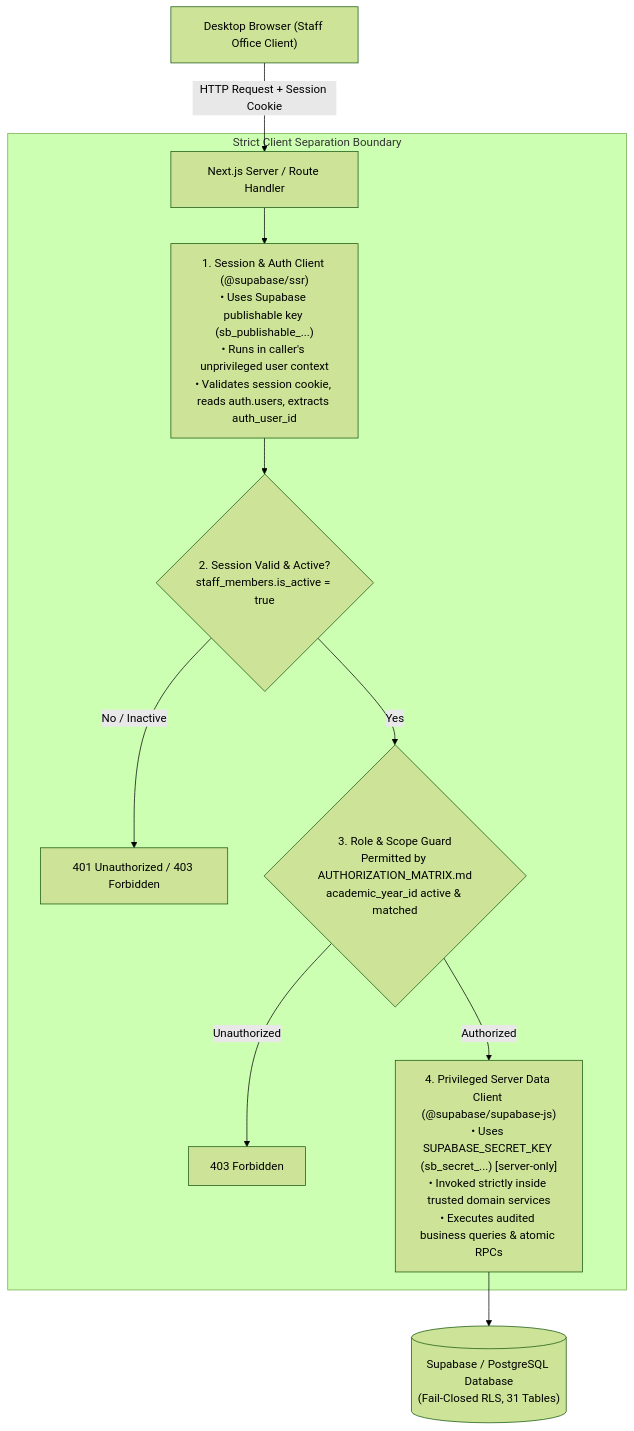
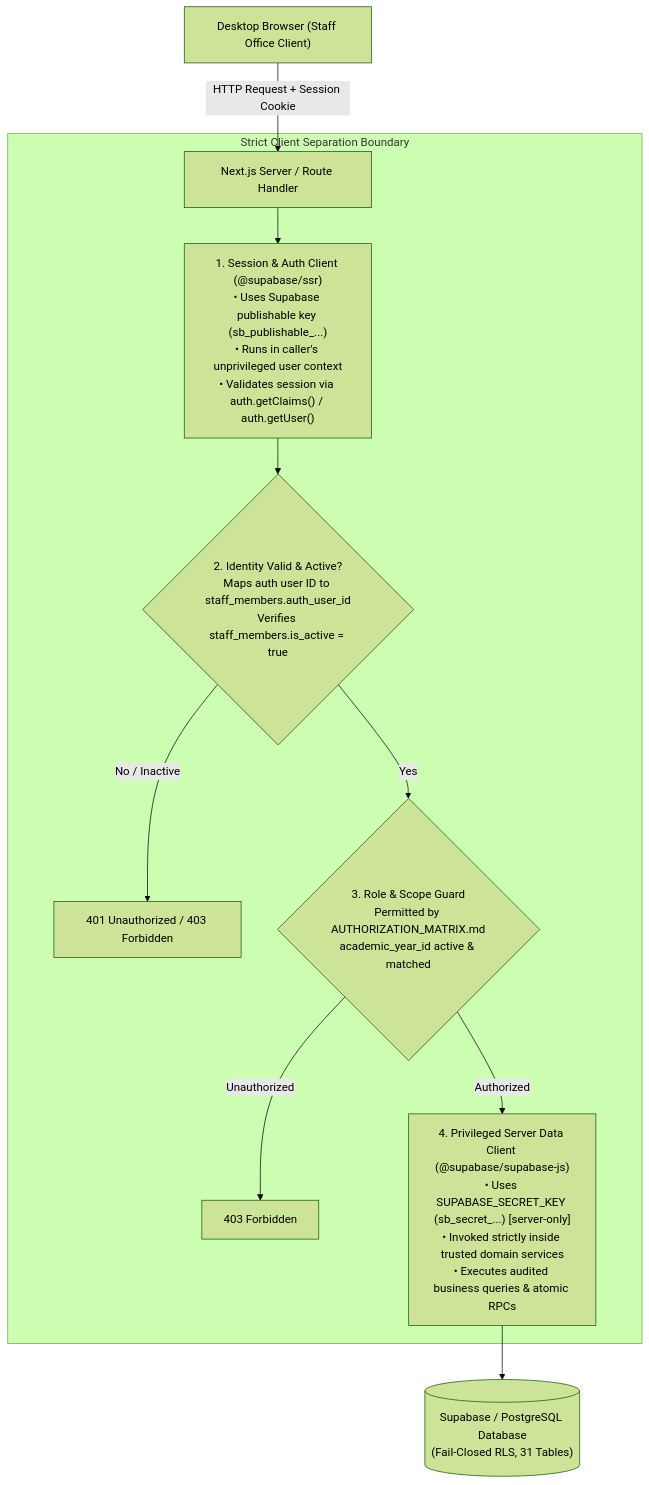
One commit to Intallo/Admission-Fee-Management-Portal changed the first of 2 diagrams in docs/adr/ADR-001-modular-monolith.md. Above: the diagram before and after it, drawn with Mermaid (forest theme). The commit also changed other lines of this file, not shown here.

Commit message:
docs(adr): harden SSR identity validation, security definer rationale, and function permission paths

````diff
--- a/docs/adr/ADR-001-modular-monolith.md
+++ b/docs/adr/ADR-001-modular-monolith.md
@@ -76,19 +76,19 @@
 ```mermaid
 flowchart TD
     Browser["Desktop Browser (Staff Office Client)"]
     -->|HTTP Request + Session Cookie| NextServer["Next.js Server / Route Handler"]
 
     subgraph ClientSeparation ["Strict Client Separation Boundary"]
-        NextServer --> SSRClient["1. Session & Auth Client (@supabase/ssr)<br>• Uses Supabase publishable key (sb_publishable_...)<br>• Runs in caller's unprivileged user context<br>• Validates session cookie, reads auth.users, extracts auth_user_id"]
+        NextServer --> SSRClient["1. Session & Auth Client (@supabase/ssr)<br>• Uses Supabase publishable key (sb_publishable_...)<br>• Runs in caller's unprivileged user context<br>• Validates session via auth.getClaims() / auth.getUser()"]
         
-        SSRClient --> AuthGuard{"2. Session Valid & Active?<br>staff_members.is_active = true"}
+        SSRClient --> AuthGuard{"2. Identity Valid & Active?<br>Maps auth user ID to staff_members.auth_user_id<br>Verifies staff_members.is_active = true"}
         AuthGuard -->|No / Inactive| Reject["401 Unauthorized / 403 Forbidden"]
         
         AuthGuard -->|Yes| RBACGuard{"3. Role & Scope Guard<br>Permitted by AUTHORIZATION_MATRIX.md<br>academic_year_id active & matched"}
         RBACGuard -->|Unauthorized| Deny["403 Forbidden"]
         
         RBACGuard -->|Authorized| DataClient["4. Privileged Server Data Client (@supabase/supabase-js)<br>• Uses SUPABASE_SECRET_KEY (sb_secret_...) [server-only]<br>• Invoked strictly inside trusted domain services<br>• Executes audited business queries & atomic RPCs"]
     end
 
     DataClient --> PostgreSQL[("Supabase / PostgreSQL Database<br>(Fail-Closed RLS, 31 Tables)")]
 ```
````
